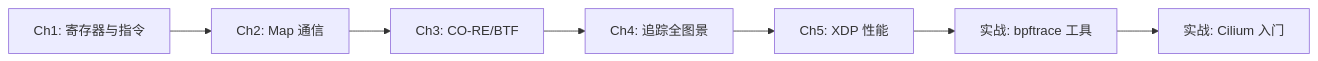
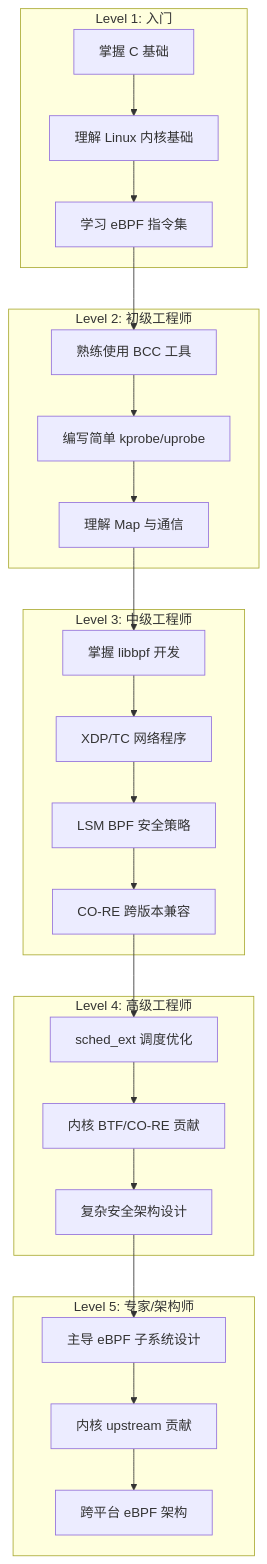
The fifth of 6 diagrams in content/2026-04-08-ebpf-deep-dive-ch38-ecosystem-and-career.md (hlwqds/hl-ljj-quartz), drawn with Mermaid before and after one commit. The commit also changed other lines of this file and 618 other files, not shown here.

````diff
--- a/content/2026-04-08-ebpf-deep-dive-ch38-ecosystem-and-career.md
+++ b/content/2026-04-08-ebpf-deep-dive-ch38-ecosystem-and-career.md
@@ -280,9 +315,49 @@
 ```mermaid
-graph LR
-    M1[Ch1: 寄存器与指令] --> M2[Ch2: Map 通信]
-    M2 --> M3[Ch3: CO-RE/BTF]
-    M3 --> M4[Ch4: 追踪全图景]
-    M4 --> M5[Ch5: XDP 性能]
-    M5 --> M6[实战: bpftrace 工具]
-    M6 --> M7[实战: Cilium 入门]
+graph TB
+    subgraph "Level 1: 入门"
+        J1[掌握 C 基础]
+        J2[理解 Linux 内核基础]
+        J3[学习 eBPF 指令集]
+    end
+
+    subgraph "Level 2: 初级工程师"
+        L1[熟练使用 BCC 工具]
+        L2[编写简单 kprobe/uprobe]
+        L3[理解 Map 与通信]
+    end
+
+    subgraph "Level 3: 中级工程师"
+        M1[掌握 libbpf 开发]
+        M2[XDP/TC 网络程序]
+        M3[LSM BPF 安全策略]
+        M4[CO-RE 跨版本兼容]
+    end
+
+    subgraph "Level 4: 高级工程师"
+        H1[sched_ext 调度优化]
+        H2[内核 BTF/CO-RE 贡献]
+        H3[复杂安全架构设计]
+    end
+
+    subgraph "Level 5: 专家/架构师"
+        E1[主导 eBPF 子系统设计]
+        E2[内核 upstream 贡献]
+        E3[跨平台 eBPF 架构]
+    end
+
+    J1 --> J2
+    J2 --> J3
+    J3 --> L1
+    L1 --> L2
+    L2 --> L3
+    L3 --> M1
+    M1 --> M2
+    M2 --> M3
+    M3 --> M4
+    M4 --> H1
+    H1 --> H2
+    H2 --> H3
+    H3 --> E1
+    E1 --> E2
+    E2 --> E3
 ```
````
